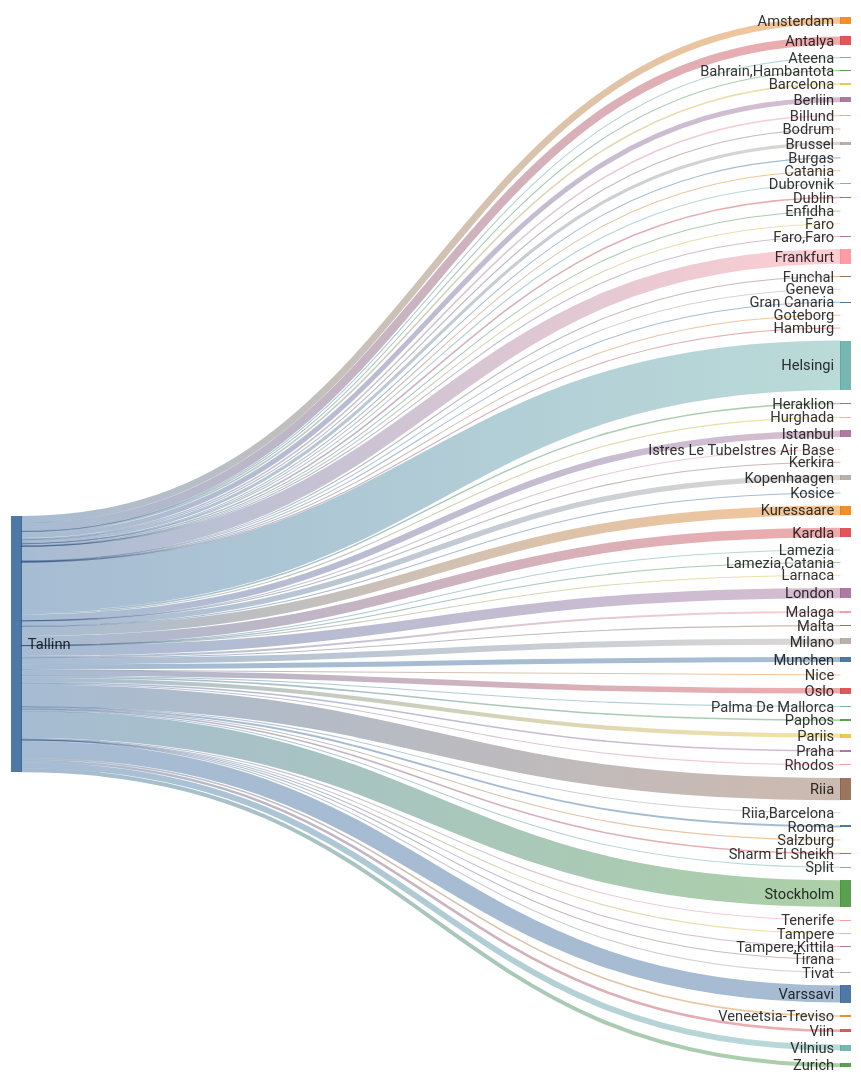
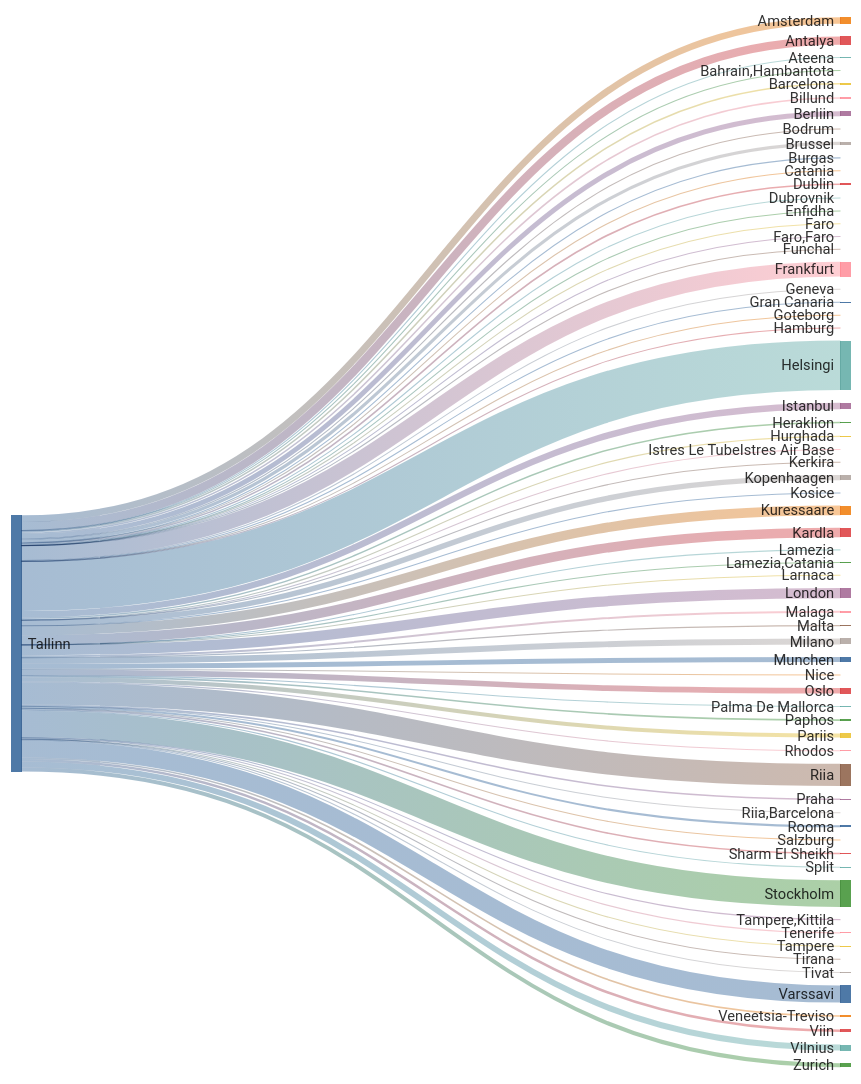
Before and after one commit to rainermesi/tll-airport-departures: the second of 2 diagrams in README.md, drawn with Mermaid. The commit also changed other lines of this file, not shown here.

````diff
--- a/README.md
+++ b/README.md
@@ -34,77 +34,77 @@
 ```mermaid
 ---
 config:
   sankey:
     showValues: false
     width: 800
     height: 1000
 ---
 sankey-beta
 %% source,target,value
-Tallinn,Amsterdam,214
+Tallinn,Amsterdam,215
 Tallinn,Antalya,264
 Tallinn,Ateena,16
 Tallinn,"Bahrain,Hambantota",1
-Tallinn,Barcelona,49
-Tallinn,Berliin,156
+Tallinn,Barcelona,50
+Tallinn,Berliin,157
 Tallinn,Billund,49
 Tallinn,Bodrum,11
-Tallinn,Brussel,99
+Tallinn,Brussel,100
 Tallinn,Burgas,21
 Tallinn,Catania,2
 Tallinn,Dublin,51
 Tallinn,Dubrovnik,21
 Tallinn,Enfidha,7
 Tallinn,Faro,4
 Tallinn,"Faro,Faro",1
-Tallinn,Frankfurt,467
+Tallinn,Frankfurt,470
 Tallinn,Funchal,5
 Tallinn,Geneva,5
-Tallinn,Gran Canaria,24
+Tallinn,Gran Canaria,25
 Tallinn,Goteborg,1
 Tallinn,Hamburg,1
-Tallinn,Helsingi,1576
+Tallinn,Helsingi,1585
 Tallinn,Heraklion,46
 Tallinn,Hurghada,37
-Tallinn,Istanbul,204
+Tallinn,Istanbul,206
 Tallinn,Istres Le TubeIstres Air Base,2
 Tallinn,Kerkira,4
-Tallinn,Kopenhaagen,173
+Tallinn,Kopenhaagen,174
 Tallinn,Kosice,1
-Tallinn,Kuressaare,304
-Tallinn,Kardla,304
+Tallinn,Kuressaare,305
+Tallinn,Kardla,305
 Tallinn,Lamezia,1
 Tallinn,"Lamezia,Catania",3
 Tallinn,Larnaca,4
-Tallinn,London,326
+Tallinn,London,328
 Tallinn,Malaga,64
 Tallinn,Malta,15
-Tallinn,Milano,189
+Tallinn,Milano,190
 Tallinn,Munchen,159
 Tallinn,Nice,25
-Tallinn,Oslo,177
+Tallinn,Oslo,179
 Tallinn,Palma De Mallorca,19
 Tallinn,Paphos,50
-Tallinn,Pariis,131
+Tallinn,Pariis,132
 Tallinn,Praha,49
 Tallinn,Rhodos,32
-Tallinn,Riia,705
+Tallinn,Riia,709
 Tallinn,"Riia,Barcelona",1
-Tallinn,Rooma,63
+Tallinn,Rooma,64
 Tallinn,Salzburg,6
-Tallinn,Sharm El Sheikh,50
+Tallinn,Sharm El Sheikh,51
 Tallinn,Split,25
-Tallinn,Stockholm,846
+Tallinn,Stockholm,851
 Tallinn,Tampere,17
 Tallinn,"Tampere,Kittila",6
 Tallinn,Tenerife,37
 Tallinn,Tirana,8
 Tallinn,Tivat,26
-Tallinn,Varssavi,545
-Tallinn,Veneetsia-Treviso,51
+Tallinn,Varssavi,548
+Tallinn,Veneetsia-Treviso,52
 Tallinn,Viin,82
-Tallinn,Vilnius,189
-Tallinn,Zurich,127
+Tallinn,Vilnius,190
+Tallinn,Zurich,128
 
 
 ```
````
